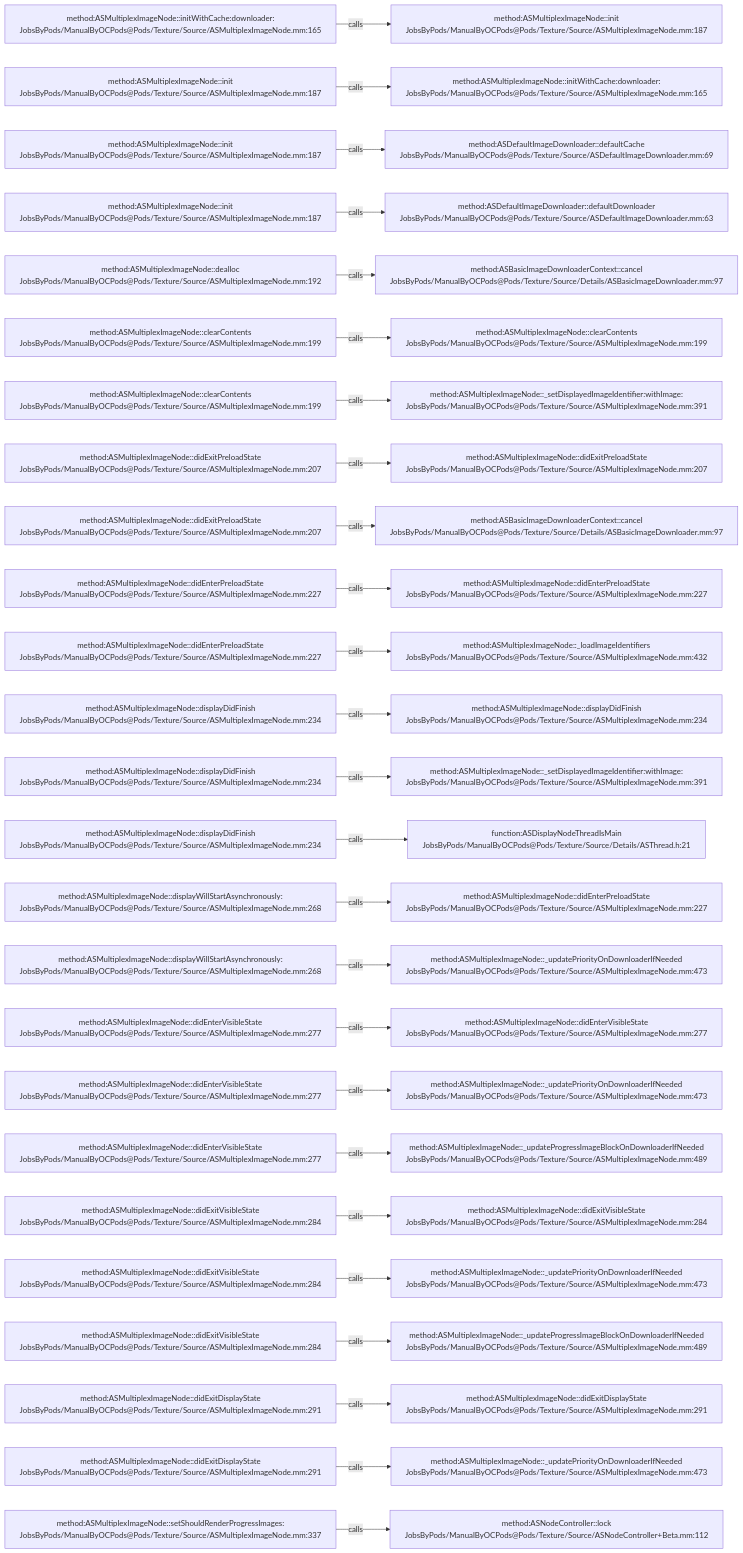
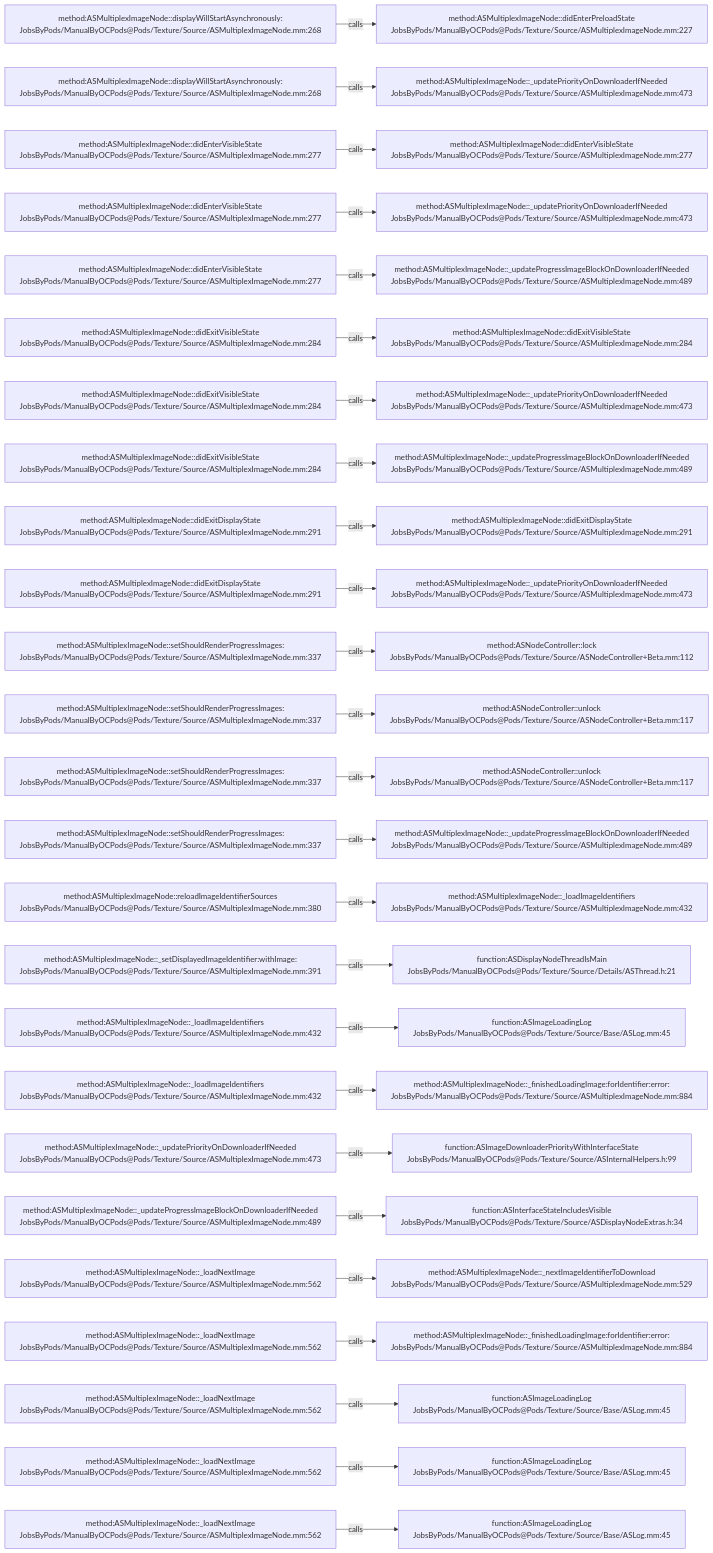
The diagram in .codegraph/codegraph.md/graphs/calls-116.md (JobsKits/JobsOCBaseConfigDemo), drawn with Mermaid before and after one commit. The commit also changed 296 other files, not shown here.

````diff
--- a/.codegraph/codegraph.md/graphs/calls-116.md
+++ b/.codegraph/codegraph.md/graphs/calls-116.md
@@ -13,78 +13,78 @@
 ```mermaid
 flowchart LR
-  S1["method:ASMultiplexImageNode::initWithCache:downloader:<br/>JobsByPods/ManualByOCPods@Pods/Texture/Source/ASMultiplexImageNode.mm:165"]
-  T1["method:ASMultiplexImageNode::init<br/>JobsByPods/ManualByOCPods@Pods/Texture/Source/ASMultiplexImageNode.mm:187"]
+  S1["method:ASMultiplexImageNode::displayWillStartAsynchronously:<br/>JobsByPods/ManualByOCPods@Pods/Texture/Source/ASMultiplexImageNode.mm:268"]
+  T1["method:ASMultiplexImageNode::didEnterPreloadState<br/>JobsByPods/ManualByOCPods@Pods/Texture/Source/ASMultiplexImageNode.mm:227"]
   S1 -->|calls| T1
-  S2["method:ASMultiplexImageNode::init<br/>JobsByPods/ManualByOCPods@Pods/Texture/Source/ASMultiplexImageNode.mm:187"]
-  T2["method:ASMultiplexImageNode::initWithCache:downloader:<br/>JobsByPods/ManualByOCPods@Pods/Texture/Source/ASMultiplexImageNode.mm:165"]
+  S2["method:ASMultiplexImageNode::displayWillStartAsynchronously:<br/>JobsByPods/ManualByOCPods@Pods/Texture/Source/ASMultiplexImageNode.mm:268"]
+  T2["method:ASMultiplexImageNode::_updatePriorityOnDownloaderIfNeeded<br/>JobsByPods/ManualByOCPods@Pods/Texture/Source/ASMultiplexImageNode.mm:473"]
   S2 -->|calls| T2
-  S3["method:ASMultiplexImageNode::init<br/>JobsByPods/ManualByOCPods@Pods/Texture/Source/ASMultiplexImageNode.mm:187"]
-  T3["method:ASDefaultImageDownloader::defaultCache<br/>JobsByPods/ManualByOCPods@Pods/Texture/Source/ASDefaultImageDownloader.mm:69"]
+  S3["method:ASMultiplexImageNode::didEnterVisibleState<br/>JobsByPods/ManualByOCPods@Pods/Texture/Source/ASMultiplexImageNode.mm:277"]
+  T3["method:ASMultiplexImageNode::didEnterVisibleState<br/>JobsByPods/ManualByOCPods@Pods/Texture/Source/ASMultiplexImageNode.mm:277"]
   S3 -->|calls| T3
-  S4["method:ASMultiplexImageNode::init<br/>JobsByPods/ManualByOCPods@Pods/Texture/Source/ASMultiplexImageNode.mm:187"]
-  T4["method:ASDefaultImageDownloader::defaultDownloader<br/>JobsByPods/ManualByOCPods@Pods/Texture/Source/ASDefaultImageDownloader.mm:63"]
+  S4["method:ASMultiplexImageNode::didEnterVisibleState<br/>JobsByPods/ManualByOCPods@Pods/Texture/Source/ASMultiplexImageNode.mm:277"]
+  T4["method:ASMultiplexImageNode::_updatePriorityOnDownloaderIfNeeded<br/>JobsByPods/ManualByOCPods@Pods/Texture/Source/ASMultiplexImageNode.mm:473"]
   S4 -->|calls| T4
-  S5["method:ASMultiplexImageNode::dealloc<br/>JobsByPods/ManualByOCPods@Pods/Texture/Source/ASMultiplexImageNode.mm:192"]
-  T5["method:ASBasicImageDownloaderContext::cancel<br/>JobsByPods/ManualByOCPods@Pods/Texture/Source/Details/ASBasicImageDownloader.mm:97"]
+  S5["method:ASMultiplexImageNode::didEnterVisibleState<br/>JobsByPods/ManualByOCPods@Pods/Texture/Source/ASMultiplexImageNode.mm:277"]
+  T5["method:ASMultiplexImageNode::_updateProgressImageBlockOnDownloaderIfNeeded<br/>JobsByPods/ManualByOCPods@Pods/Texture/Source/ASMultiplexImageNode.mm:489"]
   S5 -->|calls| T5
-  S6["method:ASMultiplexImageNode::clearContents<br/>JobsByPods/ManualByOCPods@Pods/Texture/Source/ASMultiplexImageNode.mm:199"]
-  T6["method:ASMultiplexImageNode::clearContents<br/>JobsByPods/ManualByOCPods@Pods/Texture/Source/ASMultiplexImageNode.mm:199"]
+  S6["method:ASMultiplexImageNode::didExitVisibleState<br/>JobsByPods/ManualByOCPods@Pods/Texture/Source/ASMultiplexImageNode.mm:284"]
+  T6["method:ASMultiplexImageNode::didExitVisibleState<br/>JobsByPods/ManualByOCPods@Pods/Texture/Source/ASMultiplexImageNode.mm:284"]
   S6 -->|calls| T6
-  S7["method:ASMultiplexImageNode::clearContents<br/>JobsByPods/ManualByOCPods@Pods/Texture/Source/ASMultiplexImageNode.mm:199"]
-  T7["method:ASMultiplexImageNode::_setDisplayedImageIdentifier:withImage:<br/>JobsByPods/ManualByOCPods@Pods/Texture/Source/ASMultiplexImageNode.mm:391"]
+  S7["method:ASMultiplexImageNode::didExitVisibleState<br/>JobsByPods/ManualByOCPods@Pods/Texture/Source/ASMultiplexImageNode.mm:284"]
+  T7["method:ASMultiplexImageNode::_updatePriorityOnDownloaderIfNeeded<br/>JobsByPods/ManualByOCPods@Pods/Texture/Source/ASMultiplexImageNode.mm:473"]
   S7 -->|calls| T7
-  S8["method:ASMultiplexImageNode::didExitPreloadState<br/>JobsByPods/ManualByOCPods@Pods/Texture/Source/ASMultiplexImageNode.mm:207"]
-  T8["method:ASMultiplexImageNode::didExitPreloadState<br/>JobsByPods/ManualByOCPods@Pods/Texture/Source/ASMultiplexImageNode.mm:207"]
+  S8["method:ASMultiplexImageNode::didExitVisibleState<br/>JobsByPods/ManualByOCPods@Pods/Texture/Source/ASMultiplexImageNode.mm:284"]
+  T8["method:ASMultiplexImageNode::_updateProgressImageBlockOnDownloaderIfNeeded<br/>JobsByPods/ManualByOCPods@Pods/Texture/Source/ASMultiplexImageNode.mm:489"]
   S8 -->|calls| T8
-  S9["method:ASMultiplexImageNode::didExitPreloadState<br/>JobsByPods/ManualByOCPods@Pods/Texture/Source/ASMultiplexImageNode.mm:207"]
-  T9["method:ASBasicImageDownloaderContext::cancel<br/>JobsByPods/ManualByOCPods@Pods/Texture/Source/Details/ASBasicImageDownloader.mm:97"]
+  S9["method:ASMultiplexImageNode::didExitDisplayState<br/>JobsByPods/ManualByOCPods@Pods/Texture/Source/ASMultiplexImageNode.mm:291"]
+  T9["method:ASMultiplexImageNode::didExitDisplayState<br/>JobsByPods/ManualByOCPods@Pods/Texture/Source/ASMultiplexImageNode.mm:291"]
   S9 -->|calls| T9
-  S10["method:ASMultiplexImageNode::didEnterPreloadState<br/>JobsByPods/ManualByOCPods@Pods/Texture/Source/ASMultiplexImageNode.mm:227"]
-  T10["method:ASMultiplexImageNode::didEnterPreloadState<br/>JobsByPods/ManualByOCPods@Pods/Texture/Source/ASMultiplexImageNode.mm:227"]
+  S10["method:ASMultiplexImageNode::didExitDisplayState<br/>JobsByPods/ManualByOCPods@Pods/Texture/Source/ASMultiplexImageNode.mm:291"]
+  T10["method:ASMultiplexImageNode::_updatePriorityOnDownloaderIfNeeded<br/>JobsByPods/ManualByOCPods@Pods/Texture/Source/ASMultiplexImageNode.mm:473"]
   S10 -->|calls| T10
-  S11["method:ASMultiplexImageNode::didEnterPreloadState<br/>JobsByPods/ManualByOCPods@Pods/Texture/Source/ASMultiplexImageNode.mm:227"]
-  T11["method:ASMultiplexImageNode::_loadImageIdentifiers<br/>JobsByPods/ManualByOCPods@Pods/Texture/Source/ASMultiplexImageNode.mm:432"]
+  S11["method:ASMultiplexImageNode::setShouldRenderProgressImages:<br/>JobsByPods/ManualByOCPods@Pods/Texture/Source/ASMultiplexImageNode.mm:337"]
+  T11["method:ASNodeController::lock<br/>JobsByPods/ManualByOCPods@Pods/Texture/Source/ASNodeController+Beta.mm:112"]
   S11 -->|calls| T11
-  S12["method:ASMultiplexImageNode::displayDidFinish<br/>JobsByPods/ManualByOCPods@Pods/Texture/Source/ASMultiplexImageNode.mm:234"]
-  T12["method:ASMultiplexImageNode::displayDidFinish<br/>JobsByPods/ManualByOCPods@Pods/Texture/Source/ASMultiplexImageNode.mm:234"]
+  S12["method:ASMultiplexImageNode::setShouldRenderProgressImages:<br/>JobsByPods/ManualByOCPods@Pods/Texture/Source/ASMultiplexImageNode.mm:337"]
+  T12["method:ASNodeController::unlock<br/>JobsByPods/ManualByOCPods@Pods/Texture/Source/ASNodeController+Beta.mm:117"]
   S12 -->|calls| T12
-  S13["method:ASMultiplexImageNode::displayDidFinish<br/>JobsByPods/ManualByOCPods@Pods/Texture/Source/ASMultiplexImageNode.mm:234"]
-  T13["method:ASMultiplexImageNode::_setDisplayedImageIdentifier:withImage:<br/>JobsByPods/ManualByOCPods@Pods/Texture/Source/ASMultiplexImageNode.mm:391"]
+  S13["method:ASMultiplexImageNode::setShouldRenderProgressImages:<br/>JobsByPods/ManualByOCPods@Pods/Texture/Source/ASMultiplexImageNode.mm:337"]
+  T13["method:ASNodeController::unlock<br/>JobsByPods/ManualByOCPods@Pods/Texture/Source/ASNodeController+Beta.mm:117"]
   S13 -->|calls| T13
-  S14["method:ASMultiplexImageNode::displayDidFinish<br/>JobsByPods/ManualByOCPods@Pods/Texture/Source/ASMultiplexImageNode.mm:234"]
-  T14["function:ASDisplayNodeThreadIsMain<br/>JobsByPods/ManualByOCPods@Pods/Texture/Source/Details/ASThread.h:21"]
+  S14["method:ASMultiplexImageNode::setShouldRenderProgressImages:<br/>JobsByPods/ManualByOCPods@Pods/Texture/Source/ASMultiplexImageNode.mm:337"]
+  T14["method:ASMultiplexImageNode::_updateProgressImageBlockOnDownloaderIfNeeded<br/>JobsByPods/ManualByOCPods@Pods/Texture/Source/ASMultiplexImageNode.mm:489"]
   S14 -->|calls| T14
-  S15["method:ASMultiplexImageNode::displayWillStartAsynchronously:<br/>JobsByPods/ManualByOCPods@Pods/Texture/Source/ASMultiplexImageNode.mm:268"]
-  T15["method:ASMultiplexImageNode::didEnterPreloadState<br/>JobsByPods/ManualByOCPods@Pods/Texture/Source/ASMultiplexImageNode.mm:227"]
+  S15["method:ASMultiplexImageNode::reloadImageIdentifierSources<br/>JobsByPods/ManualByOCPods@Pods/Texture/Source/ASMultiplexImageNode.mm:380"]
+  T15["method:ASMultiplexImageNode::_loadImageIdentifiers<br/>JobsByPods/ManualByOCPods@Pods/Texture/Source/ASMultiplexImageNode.mm:432"]
   S15 -->|calls| T15
-  S16["method:ASMultiplexImageNode::displayWillStartAsynchronously:<br/>JobsByPods/ManualByOCPods@Pods/Texture/Source/ASMultiplexImageNode.mm:268"]
-  T16["method:ASMultiplexImageNode::_updatePriorityOnDownloaderIfNeeded<br/>JobsByPods/ManualByOCPods@Pods/Texture/Source/ASMultiplexImageNode.mm:473"]
+  S16["method:ASMultiplexImageNode::_setDisplayedImageIdentifier:withImage:<br/>JobsByPods/ManualByOCPods@Pods/Texture/Source/ASMultiplexImageNode.mm:391"]
+  T16["function:ASDisplayNodeThreadIsMain<br/>JobsByPods/ManualByOCPods@Pods/Texture/Source/Details/ASThread.h:21"]
   S16 -->|calls| T16
-  S17["method:ASMultiplexImageNode::didEnterVisibleState<br/>JobsByPods/ManualByOCPods@Pods/Texture/Source/ASMultiplexImageNode.mm:277"]
-  T17["method:ASMultiplexImageNode::didEnterVisibleState<br/>JobsByPods/ManualByOCPods@Pods/Texture/Source/ASMultiplexImageNode.mm:277"]
+  S17["method:ASMultiplexImageNode::_loadImageIdentifiers<br/>JobsByPods/ManualByOCPods@Pods/Texture/Source/ASMultiplexImageNode.mm:432"]
+  T17["function:ASImageLoadingLog<br/>JobsByPods/ManualByOCPods@Pods/Texture/Source/Base/ASLog.mm:45"]
   S17 -->|calls| T17
-  S18["method:ASMultiplexImageNode::didEnterVisibleState<br/>JobsByPods/ManualByOCPods@Pods/Texture/Source/ASMultiplexImageNode.mm:277"]
-  T18["method:ASMultiplexImageNode::_updatePriorityOnDownloaderIfNeeded<br/>JobsByPods/ManualByOCPods@Pods/Texture/Source/ASMultiplexImageNode.mm:473"]
+  S18["method:ASMultiplexImageNode::_loadImageIdentifiers<br/>JobsByPods/ManualByOCPods@Pods/Texture/Source/ASMultiplexImageNode.mm:432"]
+  T18["method:ASMultiplexImageNode::_finishedLoadingImage:forIdentifier:error:<br/>JobsByPods/ManualByOCPods@Pods/Texture/Source/ASMultiplexImageNode.mm:884"]
   S18 -->|calls| T18
-  S19["method:ASMultiplexImageNode::didEnterVisibleState<br/>JobsByPods/ManualByOCPods@Pods/Texture/Source/ASMultiplexImageNode.mm:277"]
-  T19["method:ASMultiplexImageNode::_updateProgressImageBlockOnDownloaderIfNeeded<br/>JobsByPods/ManualByOCPods@Pods/Texture/Source/ASMultiplexImageNode.mm:489"]
+  S19["method:ASMultiplexImageNode::_updatePriorityOnDownloaderIfNeeded<br/>JobsByPods/ManualByOCPods@Pods/Texture/Source/ASMultiplexImageNode.mm:473"]
+  T19["function:ASImageDownloaderPriorityWithInterfaceState<br/>JobsByPods/ManualByOCPods@Pods/Texture/Source/ASInternalHelpers.h:99"]
   S19 -->|calls| T19
-  S20["method:ASMultiplexImageNode::didExitVisibleState<br/>JobsByPods/ManualByOCPods@Pods/Texture/Source/ASMultiplexImageNode.mm:284"]
-  T20["method:ASMultiplexImageNode::didExitVisibleState<br/>JobsByPods/ManualByOCPods@Pods/Texture/Source/ASMultiplexImageNode.mm:284"]
+  S20["method:ASMultiplexImageNode::_updateProgressImageBlockOnDownloaderIfNeeded<br/>JobsByPods/ManualByOCPods@Pods/Texture/Source/ASMultiplexImageNode.mm:489"]
+  T20["function:ASInterfaceStateIncludesVisible<br/>JobsByPods/ManualByOCPods@Pods/Texture/Source/ASDisplayNodeExtras.h:34"]
   S20 -->|calls| T20
-  S21["method:ASMultiplexImageNode::didExitVisibleState<br/>JobsByPods/ManualByOCPods@Pods/Texture/Source/ASMultiplexImageNode.mm:284"]
-  T21["method:ASMultiplexImageNode::_updatePriorityOnDownloaderIfNeeded<br/>JobsByPods/ManualByOCPods@Pods/Texture/Source/ASMultiplexImageNode.mm:473"]
+  S21["method:ASMultiplexImageNode::_loadNextImage<br/>JobsByPods/ManualByOCPods@Pods/Texture/Source/ASMultiplexImageNode.mm:562"]
+  T21["method:ASMultiplexImageNode::_nextImageIdentifierToDownload<br/>JobsByPods/ManualByOCPods@Pods/Texture/Source/ASMultiplexImageNode.mm:529"]
   S21 -->|calls| T21
-  S22["method:ASMultiplexImageNode::didExitVisibleState<br/>JobsByPods/ManualByOCPods@Pods/Texture/Source/ASMultiplexImageNode.mm:284"]
-  T22["method:ASMultiplexImageNode::_updateProgressImageBlockOnDownloaderIfNeeded<br/>JobsByPods/ManualByOCPods@Pods/Texture/Source/ASMultiplexImageNode.mm:489"]
+  S22["method:ASMultiplexImageNode::_loadNextImage<br/>JobsByPods/ManualByOCPods@Pods/Texture/Source/ASMultiplexImageNode.mm:562"]
+  T22["method:ASMultiplexImageNode::_finishedLoadingImage:forIdentifier:error:<br/>JobsByPods/ManualByOCPods@Pods/Texture/Source/ASMultiplexImageNode.mm:884"]
   S22 -->|calls| T22
-  S23["method:ASMultiplexImageNode::didExitDisplayState<br/>JobsByPods/ManualByOCPods@Pods/Texture/Source/ASMultiplexImageNode.mm:291"]
-  T23["method:ASMultiplexImageNode::didExitDisplayState<br/>JobsByPods/ManualByOCPods@Pods/Texture/Source/ASMultiplexImageNode.mm:291"]
+  S23["method:ASMultiplexImageNode::_loadNextImage<br/>JobsByPods/ManualByOCPods@Pods/Texture/Source/ASMultiplexImageNode.mm:562"]
+  T23["function:ASImageLoadingLog<br/>JobsByPods/ManualByOCPods@Pods/Texture/Source/Base/ASLog.mm:45"]
   S23 -->|calls| T23
-  S24["method:ASMultiplexImageNode::didExitDisplayState<br/>JobsByPods/ManualByOCPods@Pods/Texture/Source/ASMultiplexImageNode.mm:291"]
-  T24["method:ASMultiplexImageNode::_updatePriorityOnDownloaderIfNeeded<br/>JobsByPods/ManualByOCPods@Pods/Texture/Source/ASMultiplexImageNode.mm:473"]
+  S24["method:ASMultiplexImageNode::_loadNextImage<br/>JobsByPods/ManualByOCPods@Pods/Texture/Source/ASMultiplexImageNode.mm:562"]
+  T24["function:ASImageLoadingLog<br/>JobsByPods/ManualByOCPods@Pods/Texture/Source/Base/ASLog.mm:45"]
   S24 -->|calls| T24
-  S25["method:ASMultiplexImageNode::setShouldRenderProgressImages:<br/>JobsByPods/ManualByOCPods@Pods/Texture/Source/ASMultiplexImageNode.mm:337"]
-  T25["method:ASNodeController::lock<br/>JobsByPods/ManualByOCPods@Pods/Texture/Source/ASNodeController+Beta.mm:112"]
+  S25["method:ASMultiplexImageNode::_loadNextImage<br/>JobsByPods/ManualByOCPods@Pods/Texture/Source/ASMultiplexImageNode.mm:562"]
+  T25["function:ASImageLoadingLog<br/>JobsByPods/ManualByOCPods@Pods/Texture/Source/Base/ASLog.mm:45"]
   S25 -->|calls| T25
 ```
````
